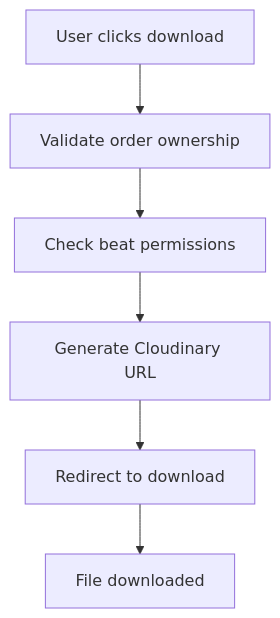
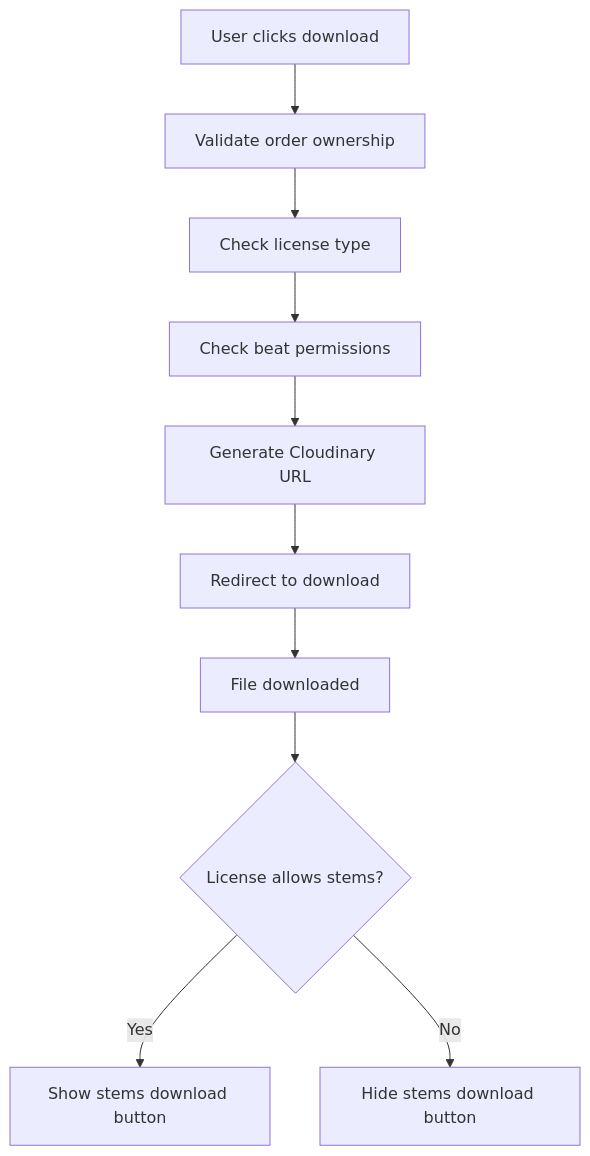
One commit to wesleyajavon/woodpecker-nextjs changed the third of 3 diagrams in CART_SYSTEM_DOCUMENTATION.md. Above: the diagram before and after it, drawn with Mermaid. The commit also changed other lines of this file and 51 other files, not shown here.

````diff
--- a/CART_SYSTEM_DOCUMENTATION.md
+++ b/CART_SYSTEM_DOCUMENTATION.md
@@ -185,8 +204,12 @@
 ```mermaid
 graph TD
     A[User clicks download] --> B[Validate order ownership]
-    B --> C[Check beat permissions]
-    C --> D[Generate Cloudinary URL]
-    D --> E[Redirect to download]
-    E --> F[File downloaded]
+    B --> C[Check license type]
+    C --> D[Check beat permissions]
+    D --> E[Generate Cloudinary URL]
+    E --> F[Redirect to download]
+    F --> G[File downloaded]
+    G --> H{License allows stems?}
+    H -->|Yes| I[Show stems download button]
+    H -->|No| J[Hide stems download button]
 ```
````
